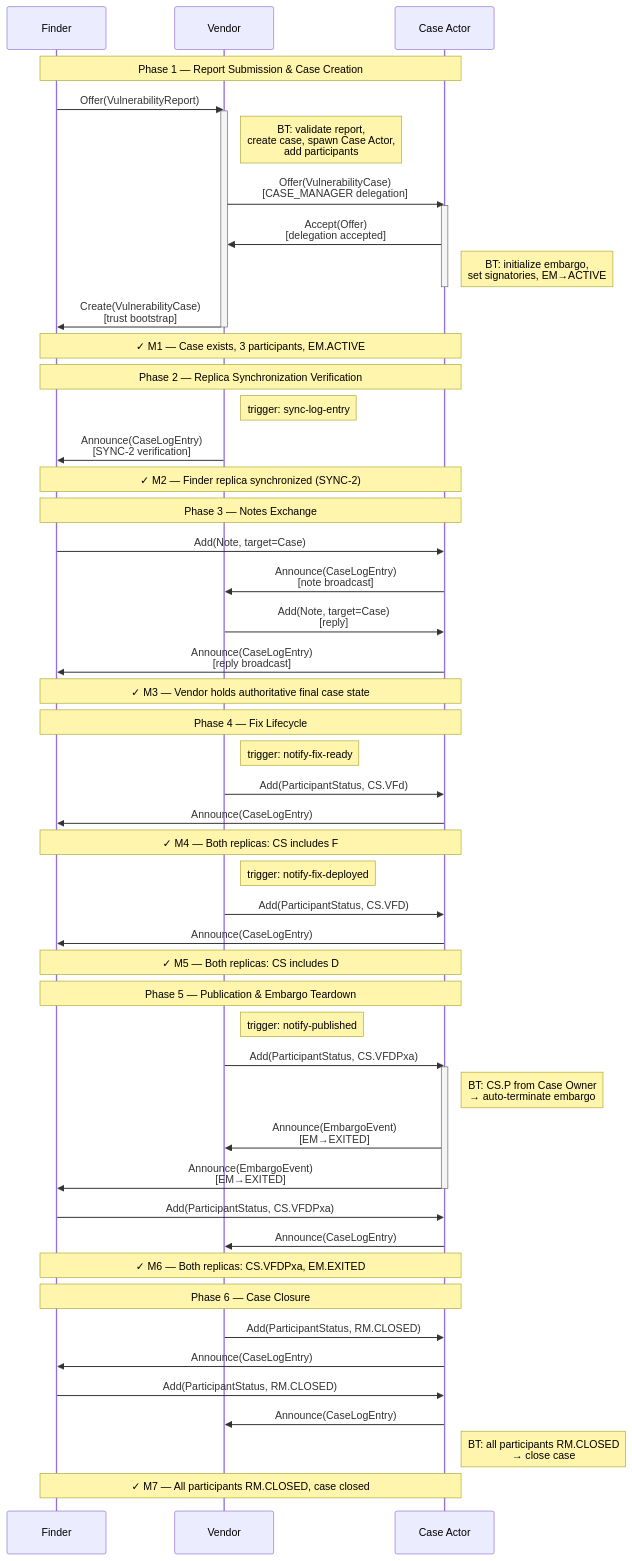
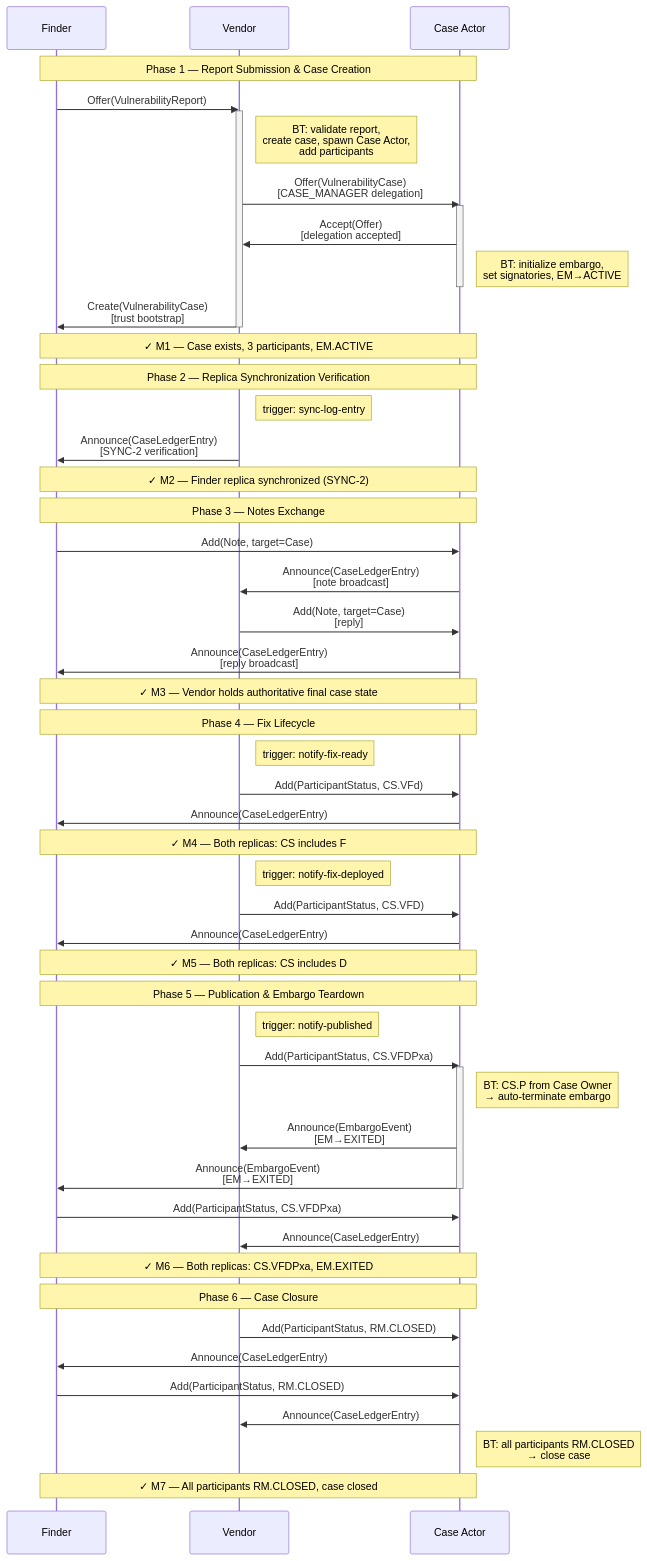
Before and after one commit to CERTCC/Vultron: the diagram in docs/reference/two-actor-demo-protocol.md, drawn with Mermaid. The commit also changed other lines of this file and 114 other files, not shown here.

````diff
--- a/docs/reference/two-actor-demo-protocol.md
+++ b/docs/reference/two-actor-demo-protocol.md
@@ -39,69 +39,69 @@
 ```mermaid
 sequenceDiagram
     participant F as Finder
     participant V as Vendor
     participant CA as Case Actor
 
     note over F,CA: Phase 1 — Report Submission & Case Creation
 
     F->>V: Offer(VulnerabilityReport)
     activate V
     note right of V: BT: validate report,<br/>create case, spawn Case Actor,<br/>add participants
     V->>CA: Offer(VulnerabilityCase)<br/>[CASE_MANAGER delegation]
     activate CA
     CA->>V: Accept(Offer)<br/>[delegation accepted]
     note right of CA: BT: initialize embargo,<br/>set signatories, EM→ACTIVE
     deactivate CA
     V->>F: Create(VulnerabilityCase)<br/>[trust bootstrap]
     deactivate V
     note over F,CA: ✓ M1 — Case exists, 3 participants, EM.ACTIVE
 
     note over F,CA: Phase 2 — Replica Synchronization Verification
 
     note right of V: trigger: sync-log-entry
-    V->>F: Announce(CaseLogEntry)<br/>[SYNC-2 verification]
+    V->>F: Announce(CaseLedgerEntry)<br/>[SYNC-2 verification]
     note over F,CA: ✓ M2 — Finder replica synchronized (SYNC-2)
 
     note over F,CA: Phase 3 — Notes Exchange
 
     F->>CA: Add(Note, target=Case)
-    CA->>V: Announce(CaseLogEntry)<br/>[note broadcast]
+    CA->>V: Announce(CaseLedgerEntry)<br/>[note broadcast]
     V->>CA: Add(Note, target=Case)<br/>[reply]
-    CA->>F: Announce(CaseLogEntry)<br/>[reply broadcast]
+    CA->>F: Announce(CaseLedgerEntry)<br/>[reply broadcast]
 
     note over F,CA: ✓ M3 — Vendor holds authoritative final case state
 
     note over F,CA: Phase 4 — Fix Lifecycle
 
     note right of V: trigger: notify-fix-ready
     V->>CA: Add(ParticipantStatus, CS.VFd)
-    CA->>F: Announce(CaseLogEntry)
+    CA->>F: Announce(CaseLedgerEntry)
     note over F,CA: ✓ M4 — Both replicas: CS includes F
 
     note right of V: trigger: notify-fix-deployed
     V->>CA: Add(ParticipantStatus, CS.VFD)
-    CA->>F: Announce(CaseLogEntry)
+    CA->>F: Announce(CaseLedgerEntry)
     note over F,CA: ✓ M5 — Both replicas: CS includes D
 
     note over F,CA: Phase 5 — Publication & Embargo Teardown
 
     note right of V: trigger: notify-published
     V->>CA: Add(ParticipantStatus, CS.VFDPxa)
     activate CA
     note right of CA: BT: CS.P from Case Owner<br/>→ auto-terminate embargo
     CA->>V: Announce(EmbargoEvent)<br/>[EM→EXITED]
     CA->>F: Announce(EmbargoEvent)<br/>[EM→EXITED]
     deactivate CA
     F->>CA: Add(ParticipantStatus, CS.VFDPxa)
-    CA->>V: Announce(CaseLogEntry)
+    CA->>V: Announce(CaseLedgerEntry)
     note over F,CA: ✓ M6 — Both replicas: CS.VFDPxa, EM.EXITED
 
     note over F,CA: Phase 6 — Case Closure
 
     V->>CA: Add(ParticipantStatus, RM.CLOSED)
-    CA->>F: Announce(CaseLogEntry)
+    CA->>F: Announce(CaseLedgerEntry)
     F->>CA: Add(ParticipantStatus, RM.CLOSED)
-    CA->>V: Announce(CaseLogEntry)
+    CA->>V: Announce(CaseLedgerEntry)
     note right of CA: BT: all participants RM.CLOSED<br/>→ close case
     note over F,CA: ✓ M7 — All participants RM.CLOSED, case closed
 ```
````
